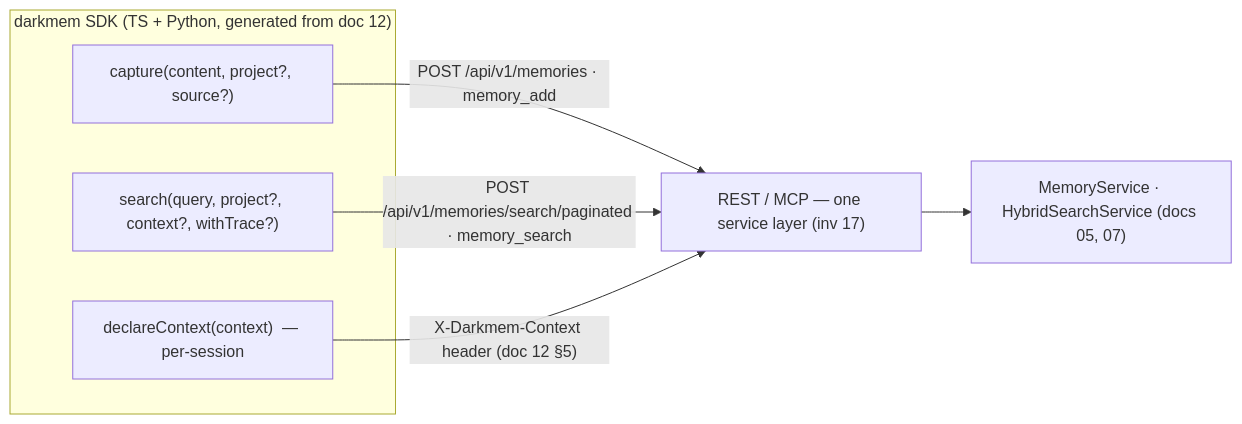
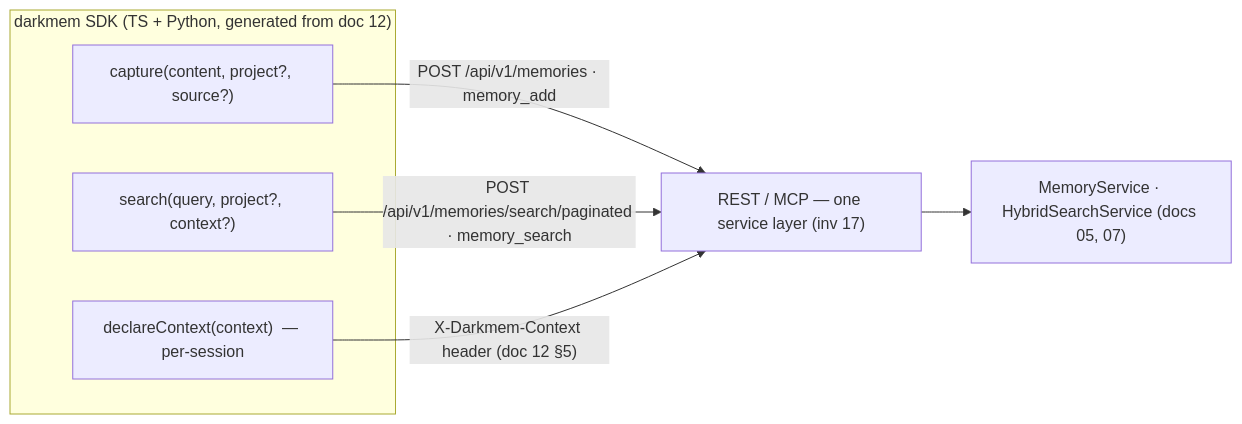
One commit to darkraise/darkmem changed the seventh of 8 diagrams in docs/design/15-distribution-and-integration.md. Above: the diagram before and after it, drawn with Mermaid. The commit also changed other lines of this file and 8 other files, not shown here.

````diff
--- a/docs/design/15-distribution-and-integration.md
+++ b/docs/design/15-distribution-and-integration.md
@@ -239,12 +239,12 @@
 ```mermaid
 flowchart LR
     subgraph SDK["darkmem SDK (TS + Python, generated from doc 12)"]
         CAP["capture(content, project?, source?)"]
-        SRCH["search(query, project?, context?, withTrace?)"]
+        SRCH["search(query, project?, context?)"]
         CTX["declareContext(context)  — per-session"]
     end
     CAP -->|"POST /api/v1/memories · memory_add"| DOOR["REST / MCP — one service layer (inv 17)"]
     SRCH -->|"POST /api/v1/memories/search/paginated · memory_search"| DOOR
     CTX -->|"X-Darkmem-Context header (doc 12 §5)"| DOOR
     DOOR --> SVC["MemoryService · HybridSearchService (docs 05, 07)"]
 ```
````
